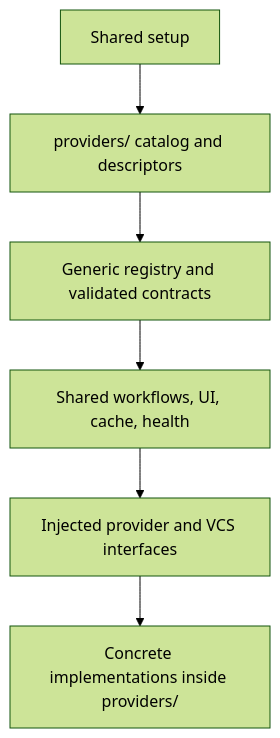
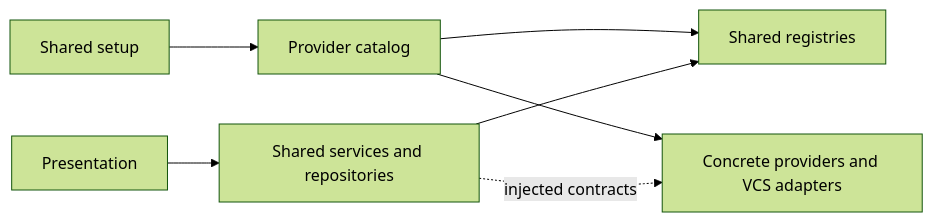
Before and after one commit to segoon/parley.nvim: the diagram in ABSTRACTION.md, drawn with Mermaid (forest theme). The commit also changed other lines of this file and 10 other files, not shown here.

````diff
--- a/ABSTRACTION.md
+++ b/ABSTRACTION.md
@@ -511,8 +26,9 @@
 ```mermaid
-flowchart TD
-    Setup[Shared setup] --> Catalog[providers/ catalog and descriptors]
-    Catalog --> Registry[Generic registry and validated contracts]
-    Registry --> Shared[Shared workflows, UI, cache, health]
-    Shared --> Contracts[Injected provider and VCS interfaces]
-    Contracts --> Concrete[Concrete implementations inside providers/]
+flowchart LR
+    Setup[Shared setup] --> Catalog[Provider catalog]
+    Catalog --> Registry[Shared registries]
+    Catalog --> Providers[Concrete providers and VCS adapters]
+    Workflows[Shared services and repositories] --> Registry
+    Workflows -. injected contracts .-> Providers
+    UI[Presentation] --> Workflows
 ```
````
